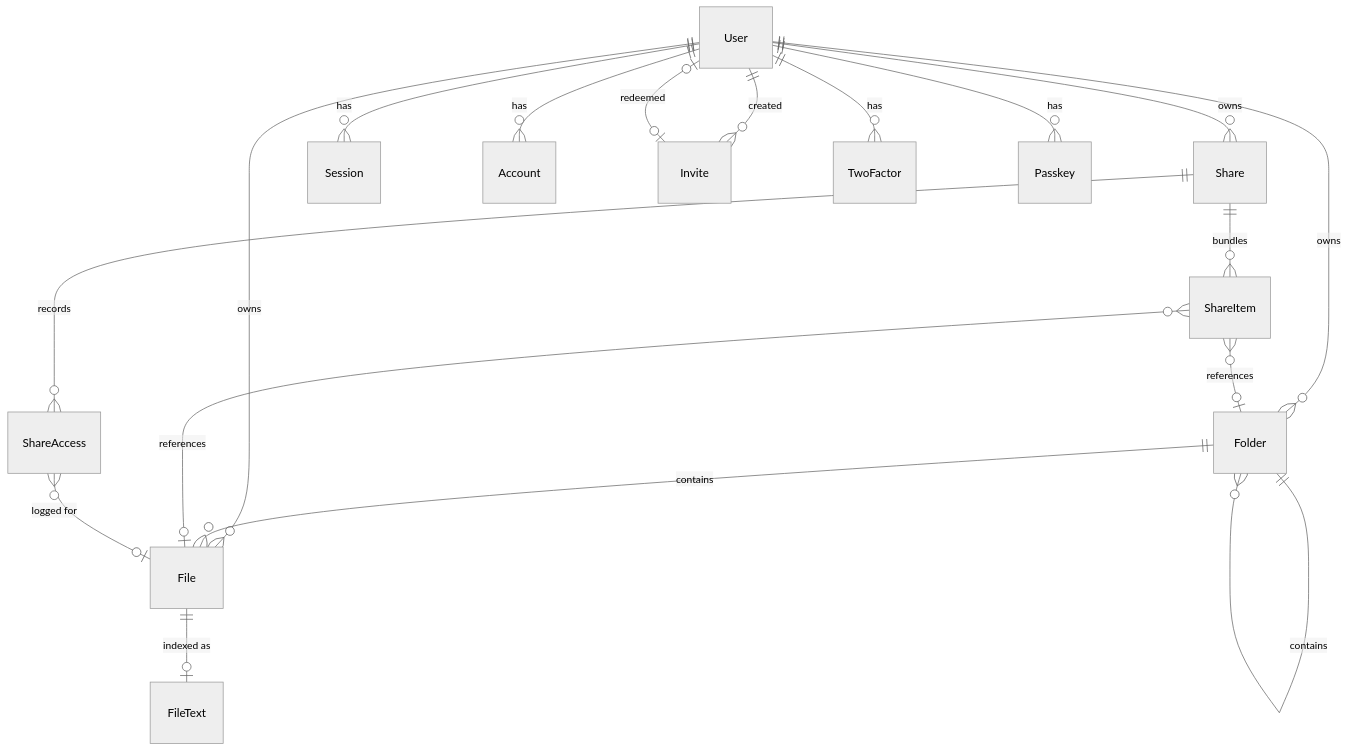
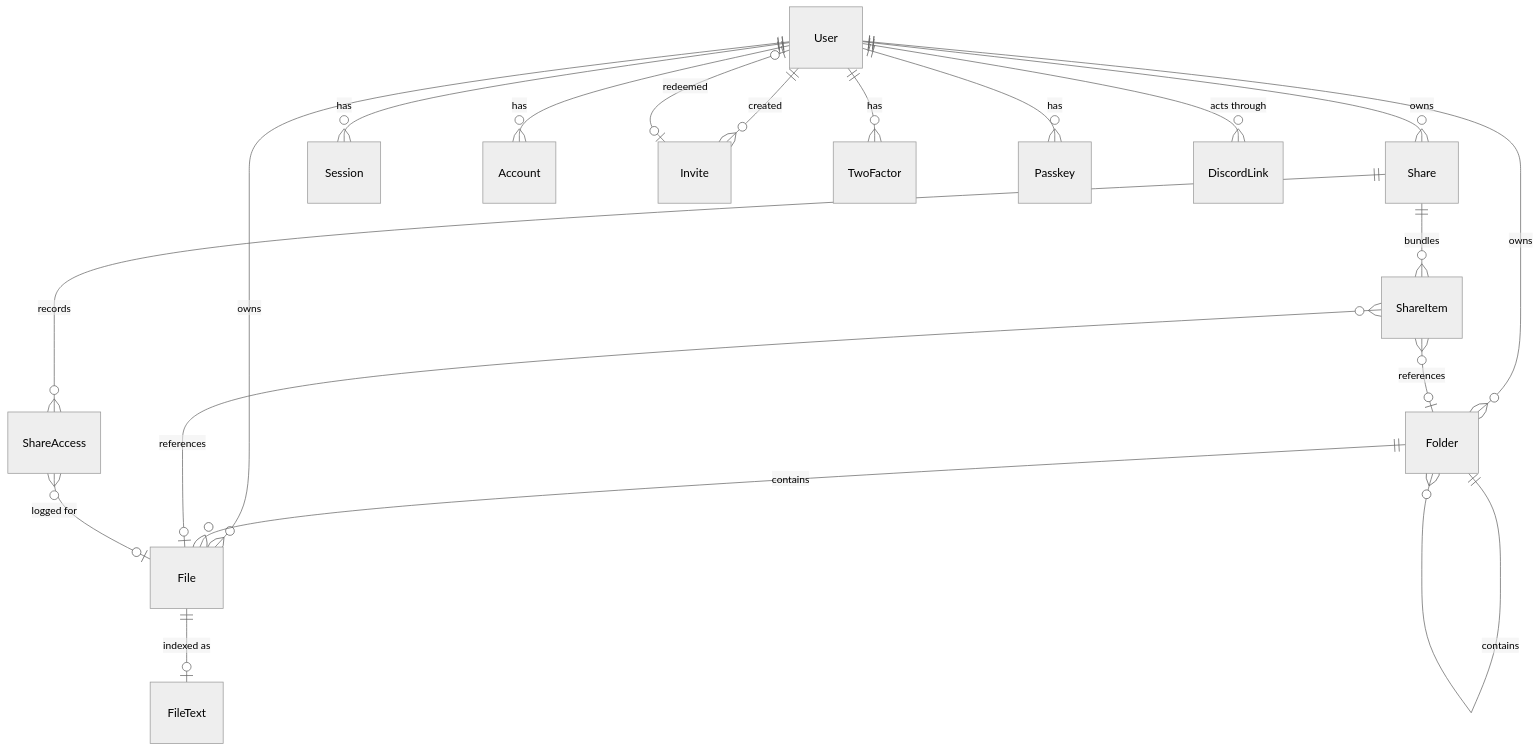
The diagram in docs/database.md (WickedSoftworks/borealis), drawn with Mermaid (neutral theme) before and after one commit. The commit also changed other lines of this file and 4 other files, not shown here.

First line of the commit message:
feat: DiscordLink table for Discord accounts that act for a user

````diff
--- a/docs/database.md
+++ b/docs/database.md
@@ -90,24 +90,25 @@
 ```mermaid
 erDiagram
     User ||--o{ File : owns
     User ||--o{ Folder : owns
     User ||--o{ Share : owns
     User ||--o{ Session : has
     User ||--o{ Account : has
     User ||--o{ Invite : created
     User |o--o| Invite : redeemed
     User ||--o{ TwoFactor : has
     User ||--o{ Passkey : has
+    User ||--o{ DiscordLink : "acts through"
 
     Folder ||--o{ Folder : contains
     Folder ||--o{ File : contains
 
     Share ||--o{ ShareItem : bundles
     ShareItem }o--o| File : references
     ShareItem }o--o| Folder : references
 
     Share ||--o{ ShareAccess : records
     ShareAccess }o--o| File : "logged for"
 
     File ||--o| FileText : "indexed as"
 ```
````
